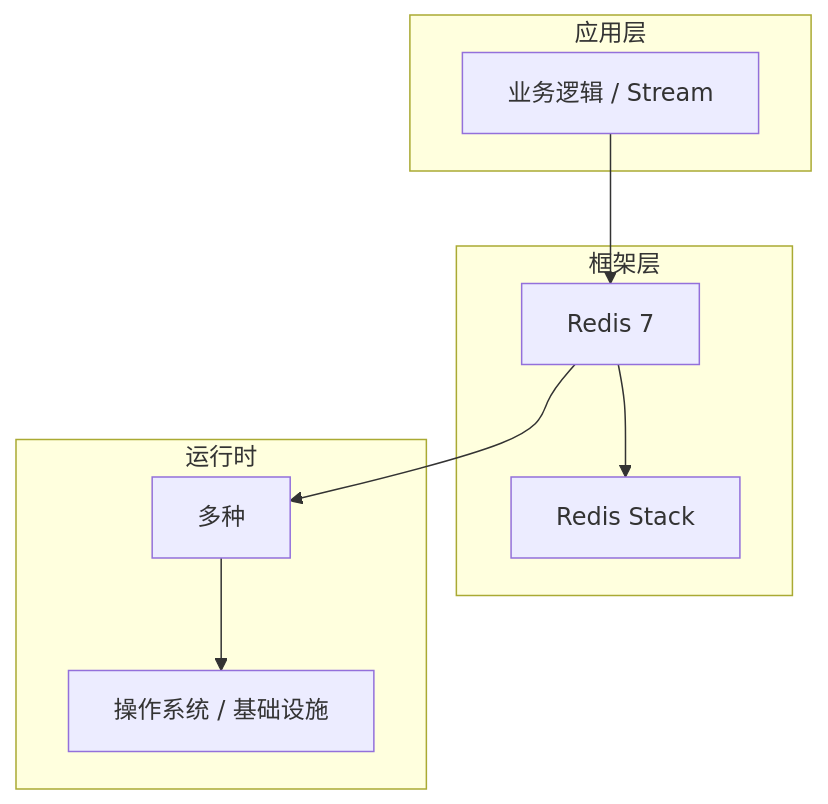
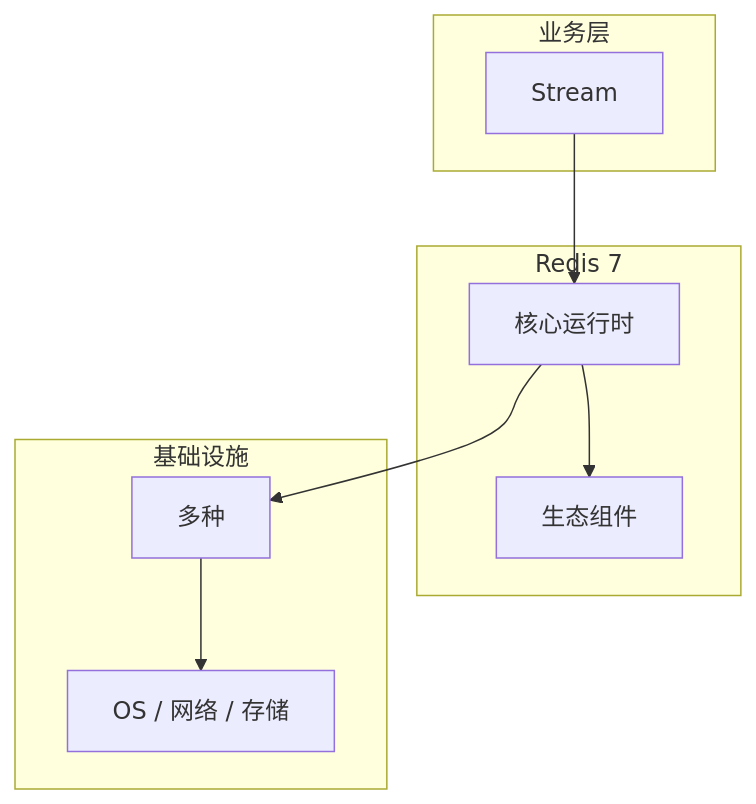
Before and after one commit to yanggan2015/knowledge-json-v2: the diagram in articles/Redis/chapters/061-Stream核心概念与原理.md, drawn with Mermaid. The commit also changed other lines of this file and 10127 other files, not shown here.

````diff
--- a/articles/Redis/chapters/061-Stream核心概念与原理.md
+++ b/articles/Redis/chapters/061-Stream核心概念与原理.md
@@ -45,18 +34,18 @@
 ```mermaid
 graph TB
-    subgraph 应用层
-        A[业务逻辑 / Stream]
+    subgraph 业务层
+        A[Stream]
     end
-    subgraph 框架层
-        B[Redis 7]
-        C[Redis Stack]
+    subgraph Redis 7
+        B[核心运行时]
+        C[生态组件]
     end
-    subgraph 运行时
+    subgraph 基础设施
         D[多种]
-        E[操作系统 / 基础设施]
+        E[OS / 网络 / 存储]
     end
     A --> B
     B --> C
     B --> D
     D --> E
 ```
````
